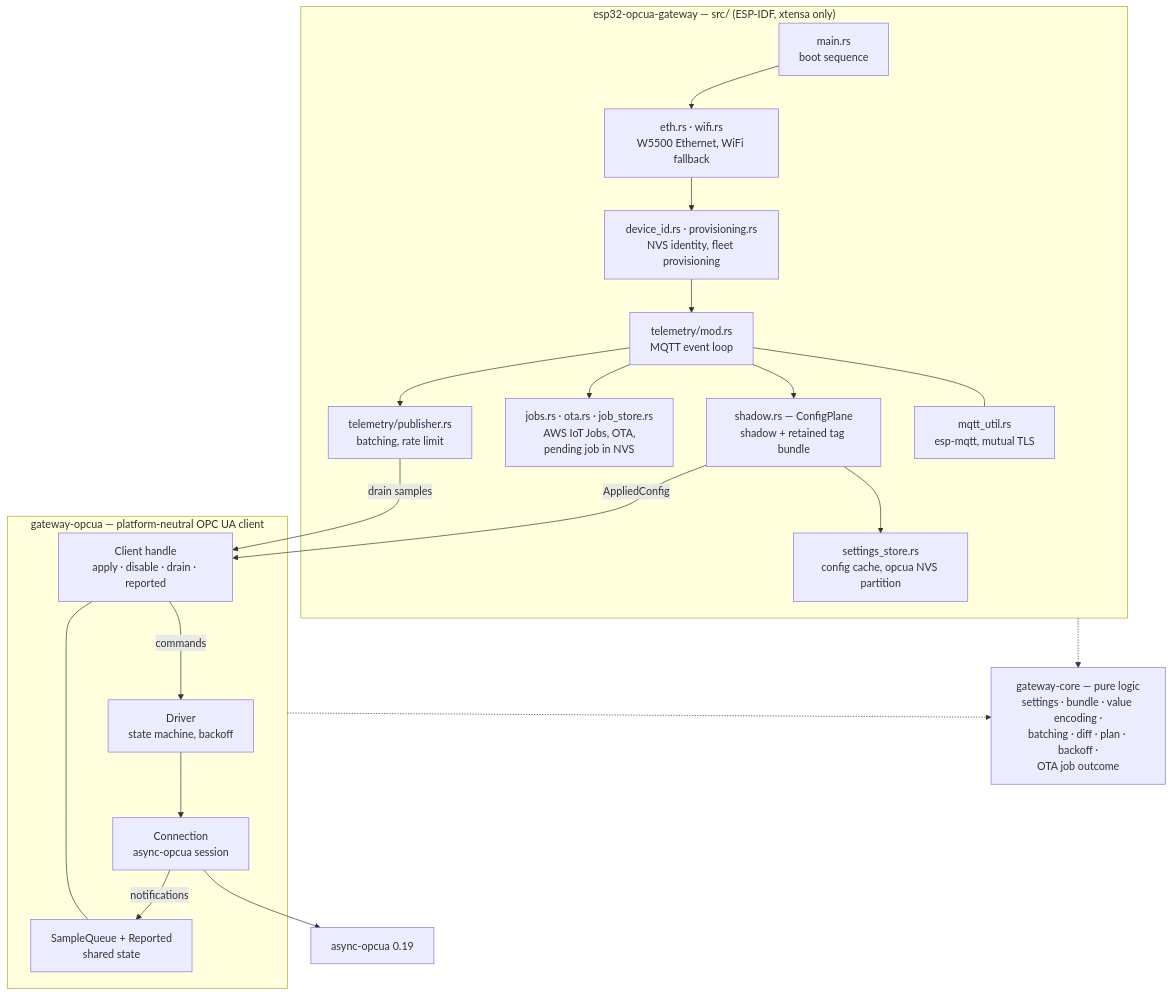
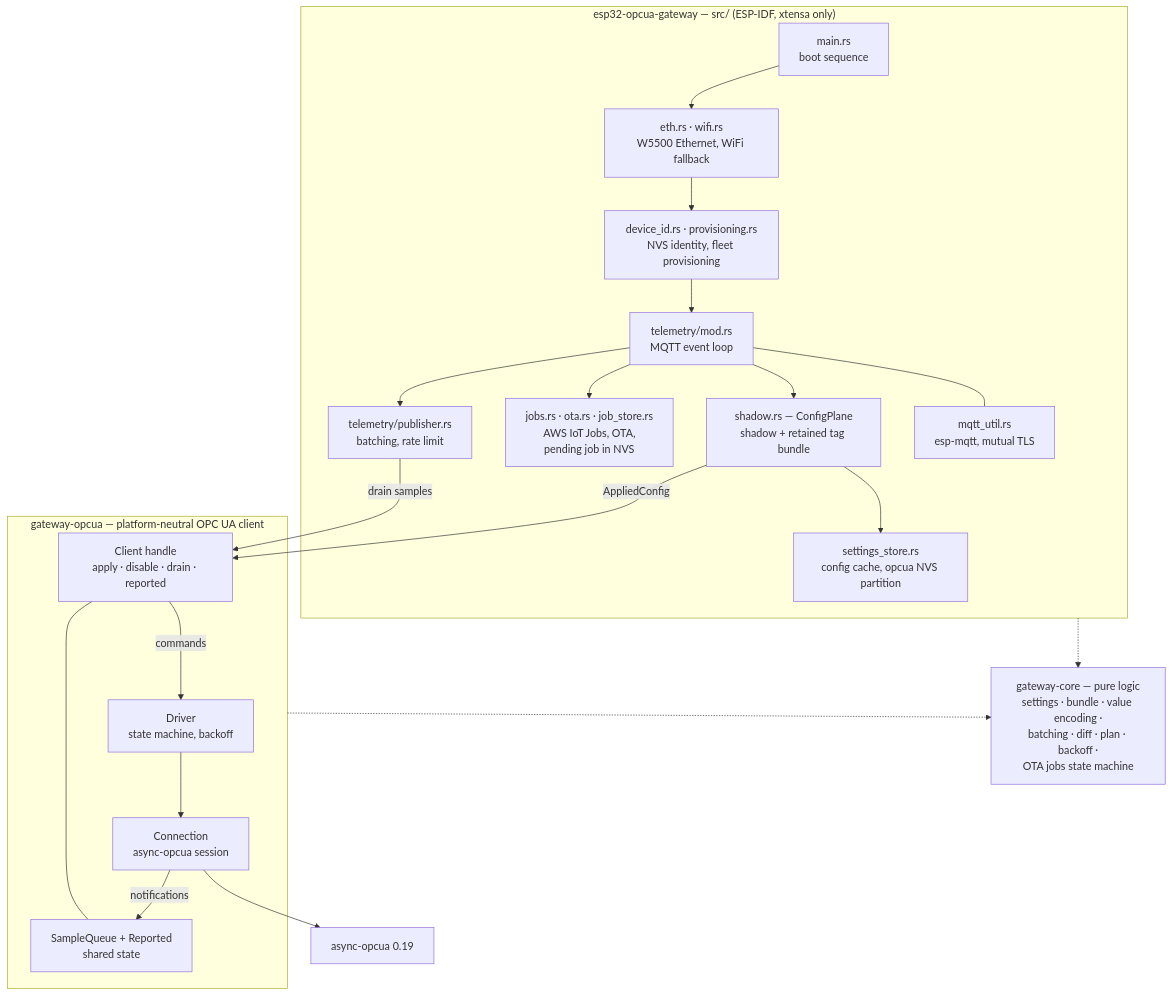
Before and after one commit to ergousha/esp32-opcua-gateway-rust: the second of 10 diagrams in README.md, drawn with Mermaid. The commit also changed other lines of this file and 10 other files, not shown here.

````diff
--- a/README.md
+++ b/README.md
@@ -88,39 +88,39 @@
 ```mermaid
 flowchart TB
     subgraph firmware["esp32-opcua-gateway — src/ (ESP-IDF, xtensa only)"]
         boot["main.rs<br/>boot sequence"]
         net["eth.rs · wifi.rs<br/>W5500 Ethernet, WiFi fallback"]
         ident["device_id.rs · provisioning.rs<br/>NVS identity, fleet provisioning"]
         tloop["telemetry/mod.rs<br/>MQTT event loop"]
         plane["shadow.rs — ConfigPlane<br/>shadow + retained tag bundle"]
         store["settings_store.rs<br/>config cache, opcua NVS partition"]
         jobs["jobs.rs · ota.rs · job_store.rs<br/>AWS IoT Jobs, OTA,<br/>pending job in NVS"]
         publ["telemetry/publisher.rs<br/>batching, rate limit"]
         mqtt["mqtt_util.rs<br/>esp-mqtt, mutual TLS"]
     end
 
     subgraph client["gateway-opcua — platform-neutral OPC UA client"]
         handle["Client handle<br/>apply · disable · drain · reported"]
         driver["Driver<br/>state machine, backoff"]
         conn["Connection<br/>async-opcua session"]
         shared["SampleQueue + Reported<br/>shared state"]
     end
 
-    core["gateway-core — pure logic<br/>settings · bundle · value encoding ·<br/>batching · diff · plan · backoff ·<br/>OTA job outcome"]
+    core["gateway-core — pure logic<br/>settings · bundle · value encoding ·<br/>batching · diff · plan · backoff ·<br/>OTA jobs state machine"]
     lib["async-opcua 0.19"]
 
     boot --> net --> ident --> tloop
     tloop --> plane
     tloop --> jobs
     tloop --> publ
     tloop --- mqtt
     plane --> store
     plane -->|"AppliedConfig"| handle
     publ -->|"drain samples"| handle
     handle -->|"commands"| driver
     driver --> conn --> lib
     conn -->|"notifications"| shared
     handle --- shared
     firmware -.-> core
     client -.-> core
 ```
````
